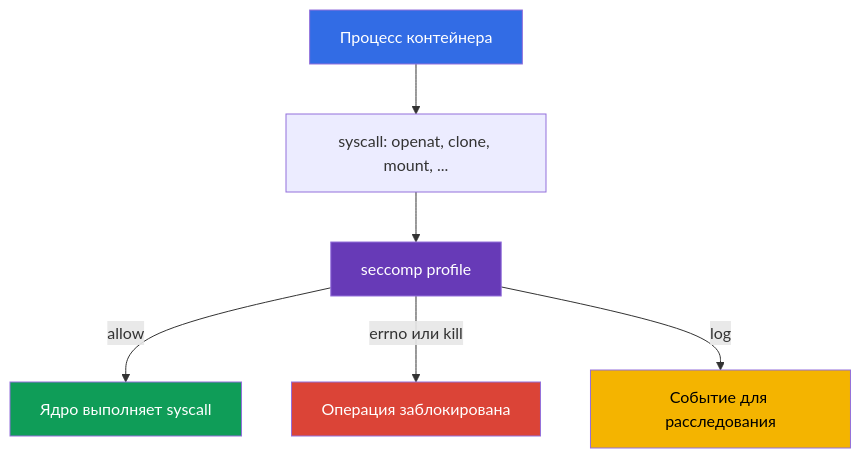
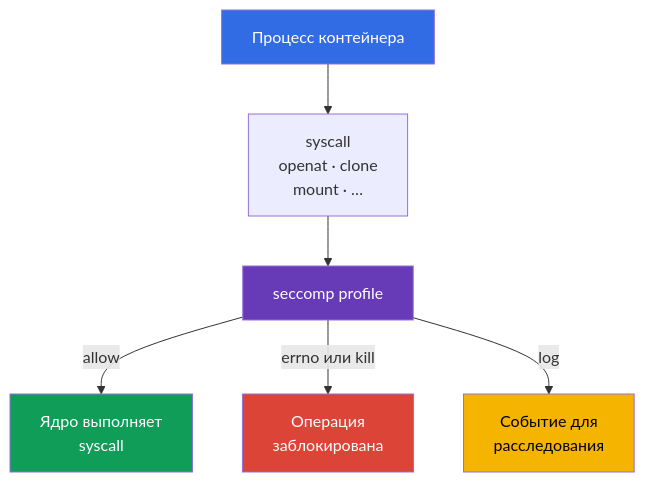
The fourth of 5 diagrams in tasks/cks/course/03/ru.md (ViktorUJ/cks), drawn with Mermaid before and after one commit. The commit also changed other lines of this file and 6 other files, not shown here.

````diff
--- a/tasks/cks/course/03/ru.md
+++ b/tasks/cks/course/03/ru.md
@@ -290,13 +396,13 @@
 ```mermaid
 flowchart TB
-    process["Процесс контейнера"] --> syscall["syscall: openat, clone, mount, ..."]
+    process["Процесс контейнера"] --> syscall["syscall<br/>openat · clone<br/>mount · …"]
     syscall --> filter["seccomp profile"]
-    filter -->|"allow"| kernel["Ядро выполняет syscall"]
-    filter -->|"errno или kill"| blocked["Операция заблокирована"]
-    filter -->|"log"| audit["Событие для расследования"]
+    filter -->|"allow"| kernel["Ядро выполняет<br/>syscall"]
+    filter -->|"errno или kill"| blocked["Операция<br/>заблокирована"]
+    filter -->|"log"| audit["Событие для<br/>расследования"]
     style process fill:#326ce5,color:#fff
     style filter fill:#673ab7,color:#fff
     style kernel fill:#0f9d58,color:#fff
     style blocked fill:#db4437,color:#fff
     style audit fill:#f4b400,color:#000
 ```
````
